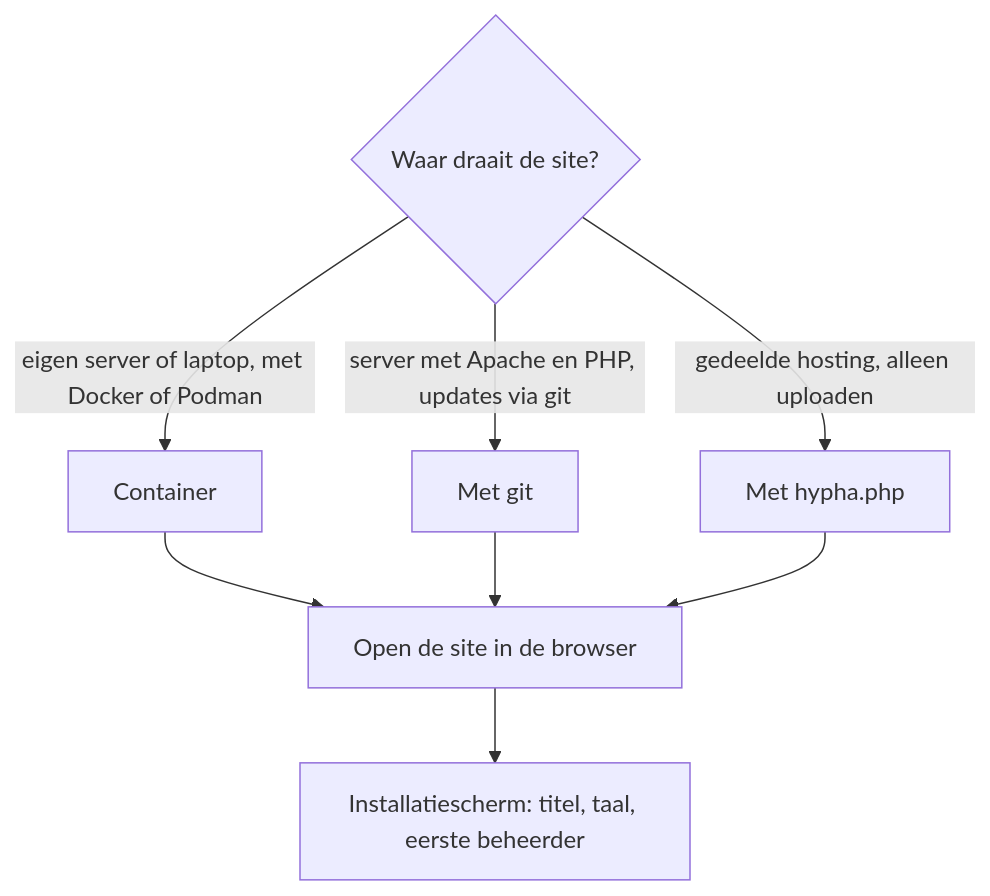
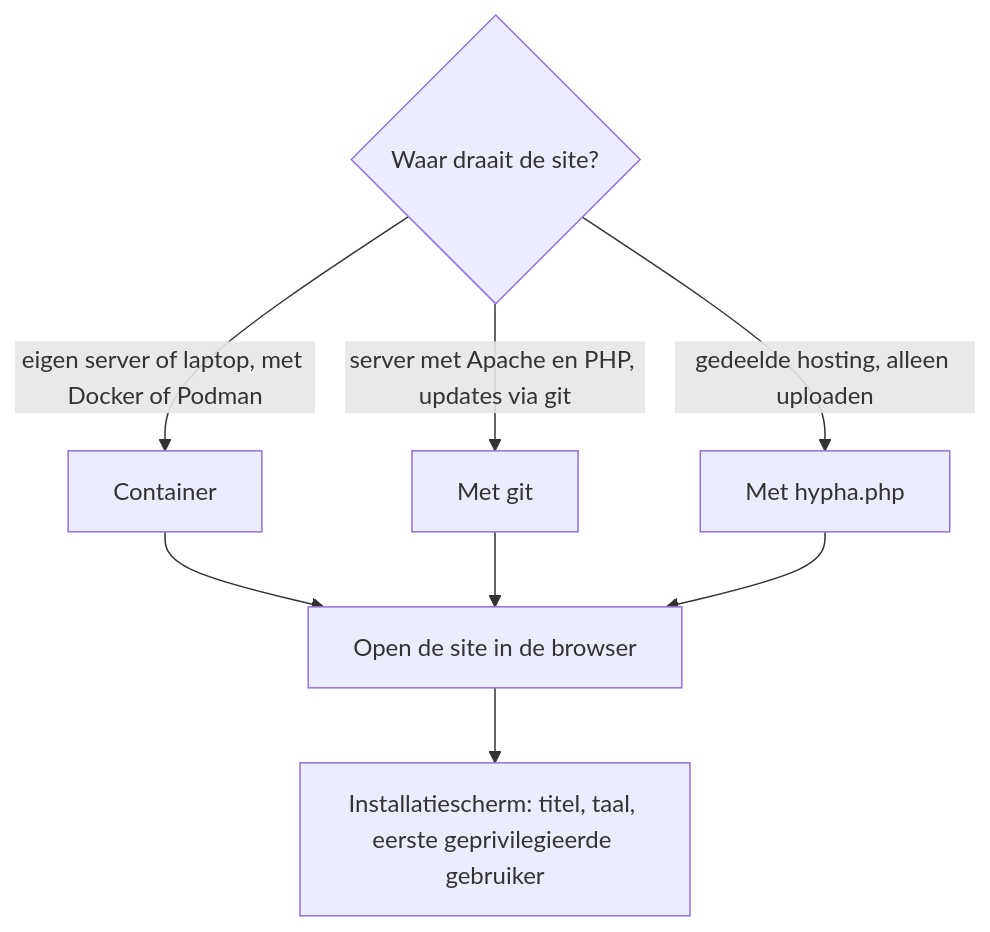
The first of 2 diagrams in docs/handleiding/techniek/02-installatie.md (guidol-ive/hypha), drawn with Mermaid before and after one commit. The commit also changed other lines of this file and 3 other files, not shown here.

````diff
--- a/docs/handleiding/techniek/02-installatie.md
+++ b/docs/handleiding/techniek/02-installatie.md
@@ -29,10 +29,10 @@
 ```mermaid
 flowchart TD
     q{Waar draait de site?} -->|eigen server of laptop, met Docker of Podman| docker[Container]
     q -->|server met Apache en PHP, updates via git| git[Met git]
     q -->|gedeelde hosting, alleen uploaden| php[Met hypha.php]
     docker --> open[Open de site in de browser]
     git --> open
     php --> open
-    open --> inst[Installatiescherm: titel, taal, eerste beheerder]
+    open --> inst[Installatiescherm: titel, taal, eerste geprivilegieerde gebruiker]
 ```
````
